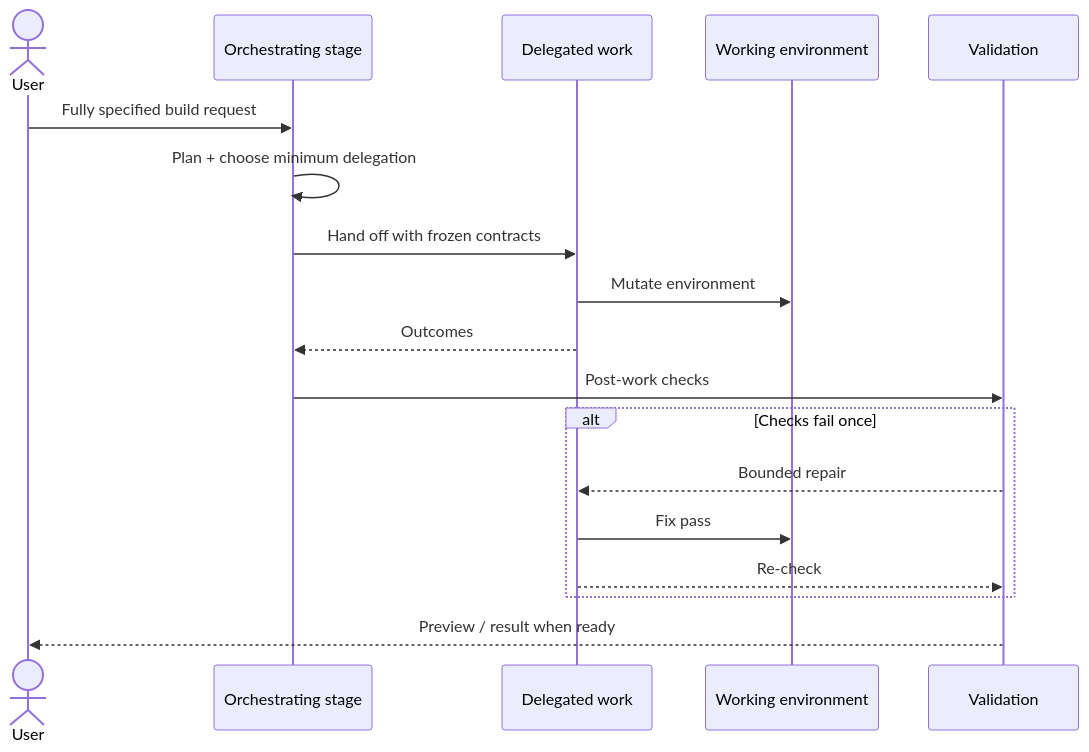
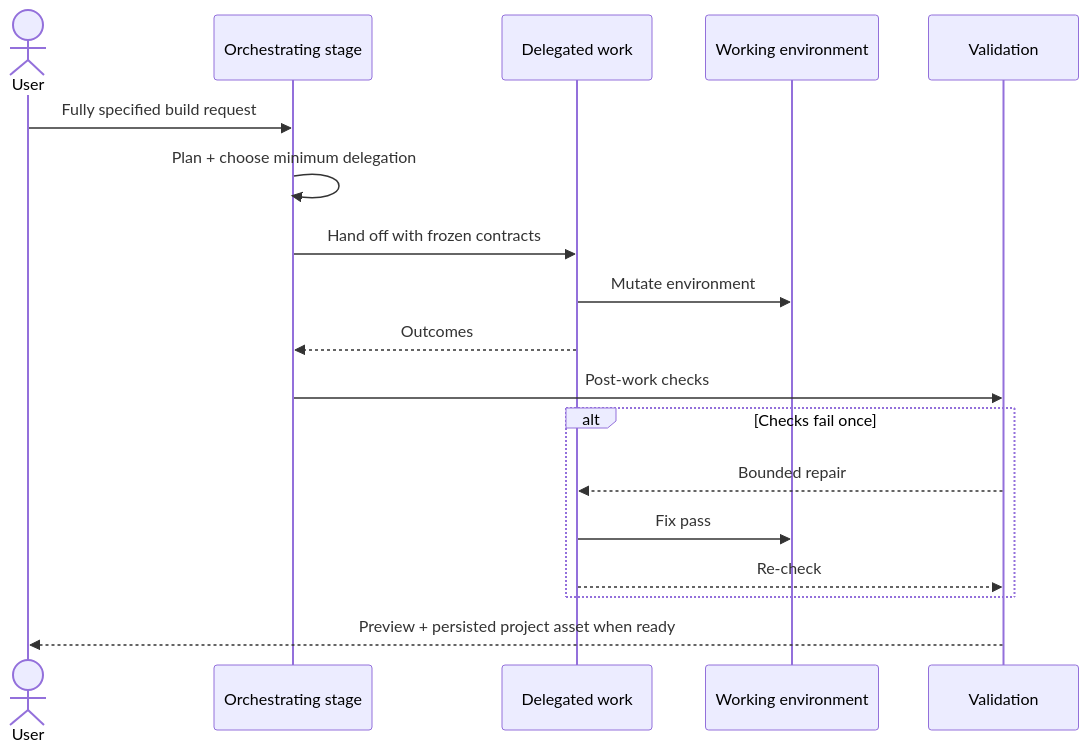
Before and after one commit to Beunec/beunec-site-staging: the second of 2 diagrams in Beunec Docs/rivine agentic engines/rivine_code.md, drawn with Mermaid. The commit also changed other lines of this file and 31 other files, not shown here.

````diff
--- a/Beunec Docs/rivine agentic engines/rivine_code.md
+++ b/Beunec Docs/rivine agentic engines/rivine_code.md
@@ -25,21 +34,21 @@
 ```mermaid
 sequenceDiagram
     actor User
     participant Orch as Orchestrating stage
     participant Work as Delegated work
     participant Env as Working environment
     participant Gate as Validation
 
     User->>Orch: Fully specified build request
     Orch->>Orch: Plan + choose minimum delegation
     Orch->>Work: Hand off with frozen contracts
     Work->>Env: Mutate environment
     Work-->>Orch: Outcomes
     Orch->>Gate: Post-work checks
     alt Checks fail once
         Gate-->>Work: Bounded repair
         Work->>Env: Fix pass
         Work-->>Gate: Re-check
     end
-    Gate-->>User: Preview / result when ready
+    Gate-->>User: Preview + persisted project asset when ready
 ```
````
